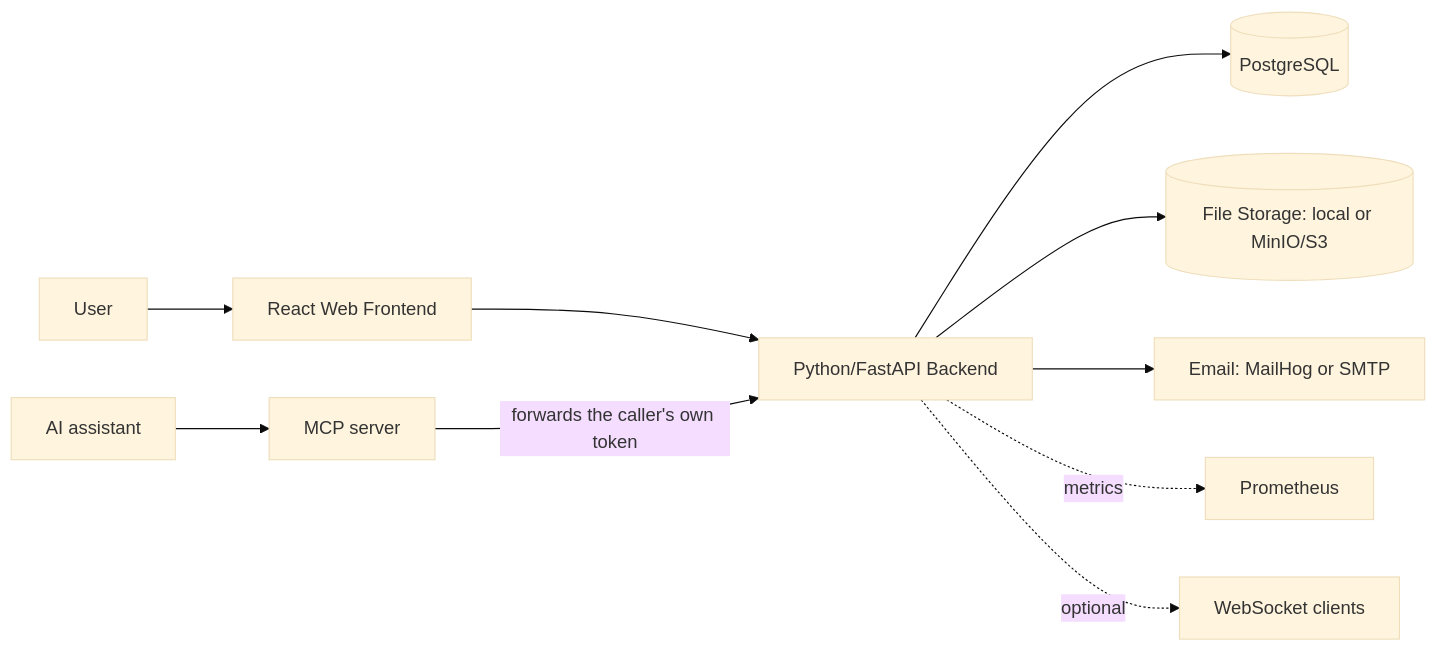
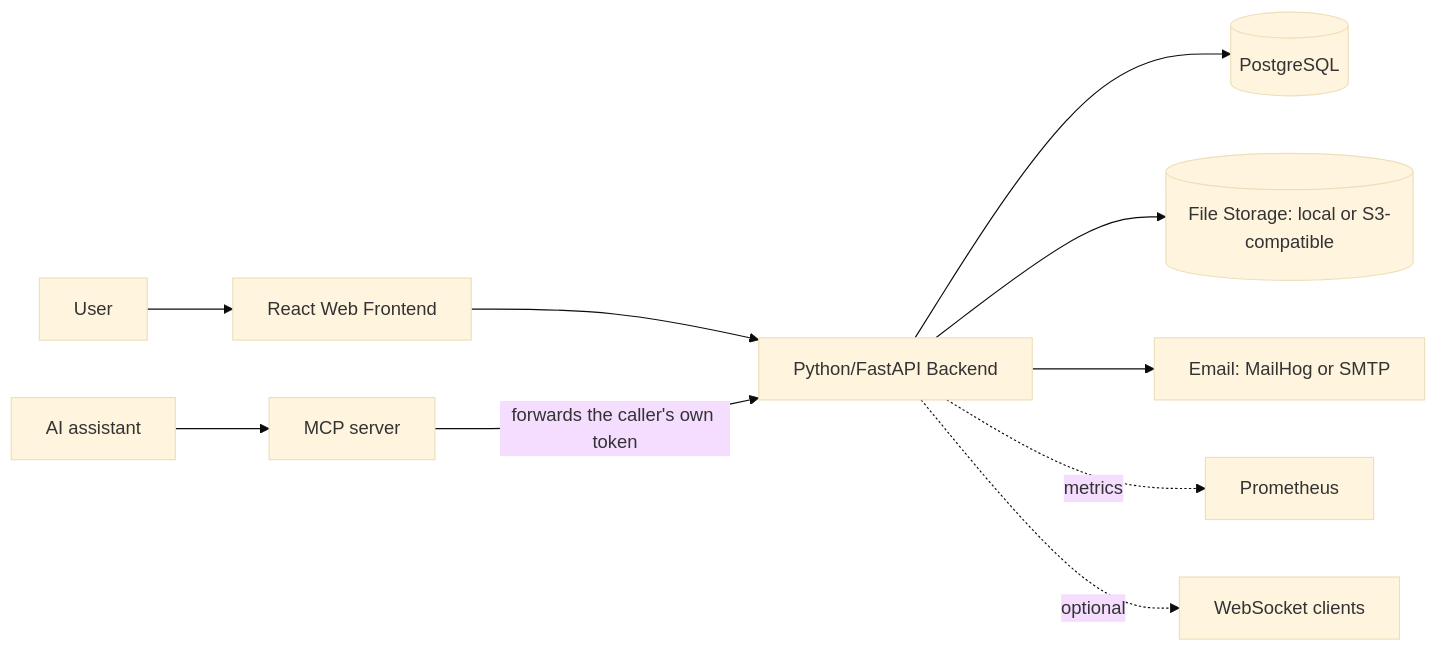
The diagram in README.md (ballardr/reqtrackmanager), drawn with Mermaid (base theme) before and after one commit. The commit also changed other lines of this file and 87 other files, not shown here.

````diff
--- a/README.md
+++ b/README.md
@@ -151,12 +151,12 @@
 ```mermaid
 flowchart LR
     User[User] --> UI[React Web Frontend]
     AI[AI assistant] --> MCP[MCP server]
     UI --> API[Python/FastAPI Backend]
     MCP -->|forwards the caller's own token| API
     API --> DB[(PostgreSQL)]
-    API --> FS[(File Storage: local or MinIO/S3)]
+    API --> FS[(File Storage: local or S3-compatible)]
     API --> Mail[Email: MailHog or SMTP]
     API -. metrics .-> Prom[Prometheus]
     API -. optional .-> WS[WebSocket clients]
 ```
````
